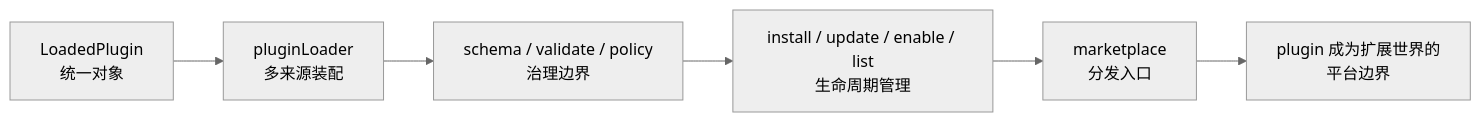
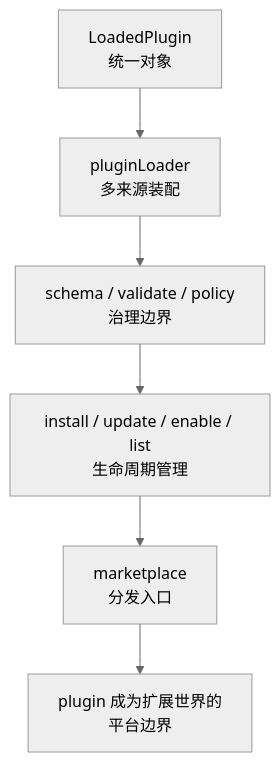
One commit to T0UGH/claude-code-source-guide changed the diagram in docs/guidebookv2/volume-5/23-why-plugins-represent-a-more-complete-form-of-packaging-distribution-and-reuse.md. Above: the diagram before and after it, drawn with Mermaid (neutral theme). The commit also changed other lines of this file and 11 other files, not shown here.

````diff
--- a/docs/guidebookv2/volume-5/23-why-plugins-represent-a-more-complete-form-of-packaging-distribution-and-reuse.md
+++ b/docs/guidebookv2/volume-5/23-why-plugins-represent-a-more-complete-form-of-packaging-distribution-and-reuse.md
@@ -42,8 +57,14 @@
 ```mermaid
-flowchart LR
-    A[LoadedPlugin\n统一对象] --> B[pluginLoader\n多来源装配]
-    B --> C[schema / validate / policy\n治理边界]
-    C --> D[install / update / enable / list\n生命周期管理]
-    D --> E[marketplace\n分发入口]
-    E --> F[plugin 成为扩展世界的\n平台边界]
+flowchart TD
+    A[LoadedPlugin
+统一对象] --> B[pluginLoader
+多来源装配]
+    B --> C[schema / validate / policy
+治理边界]
+    C --> D[install / update / enable / list
+生命周期管理]
+    D --> E[marketplace
+分发入口]
+    E --> F[plugin 成为扩展世界的
+平台边界]
 ```
````
